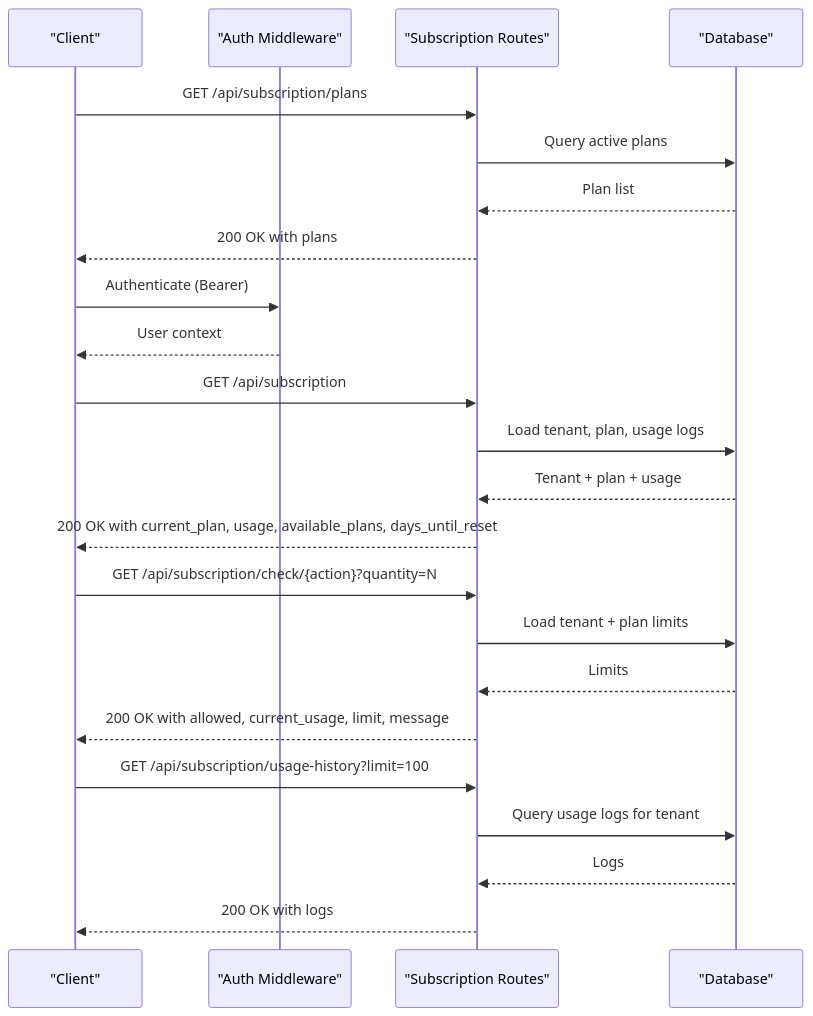
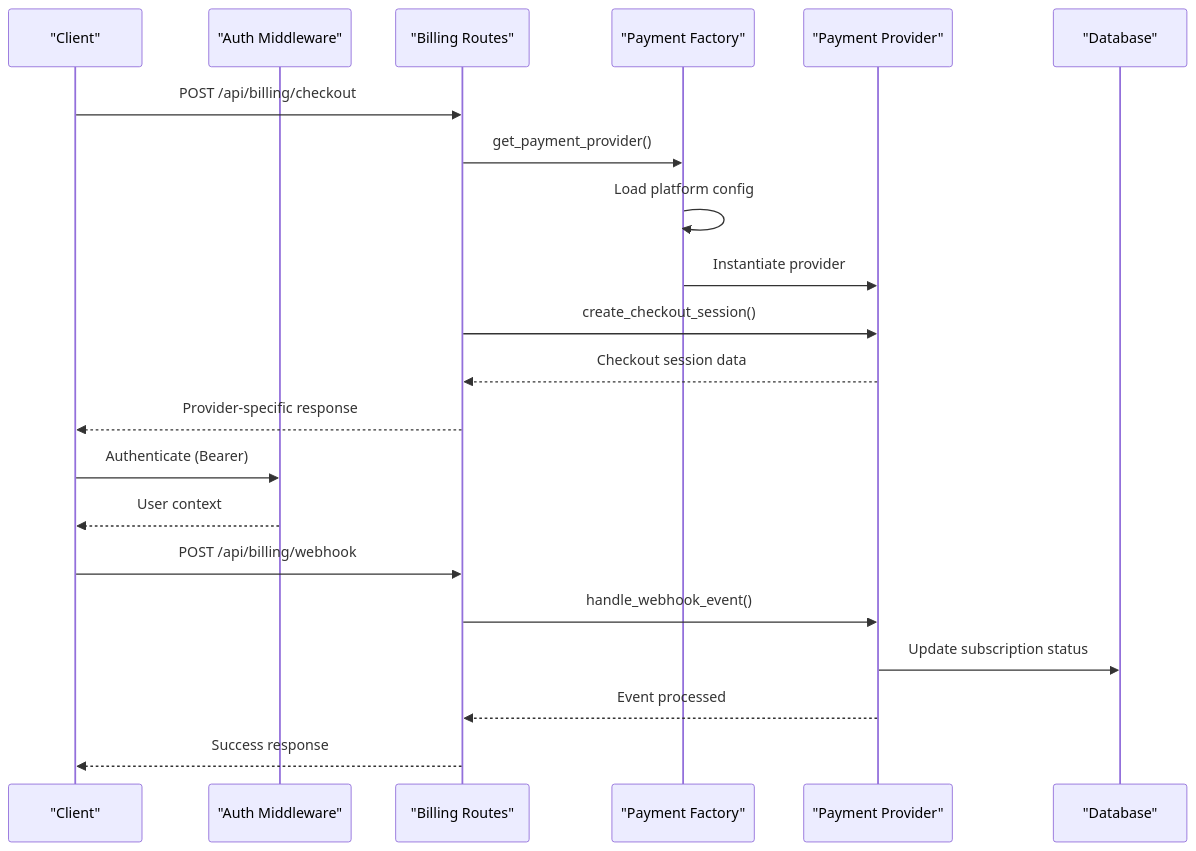
The second of 4 diagrams in .qoder/repowiki/en/content/API Reference/Subscription & Billing.md (Revanththetalogics/aireume), drawn with Mermaid before and after one commit. The commit also changed other lines of this file and 10 other files, not shown here.

````diff
--- a/.qoder/repowiki/en/content/API Reference/Subscription & Billing.md
+++ b/.qoder/repowiki/en/content/API Reference/Subscription & Billing.md
@@ -110,25 +160,23 @@
 ```mermaid
 sequenceDiagram
 participant Client as "Client"
 participant Auth as "Auth Middleware"
-participant Sub as "Subscription Routes"
+participant Billing as "Billing Routes"
+participant Factory as "Payment Factory"
+participant Provider as "Payment Provider"
 participant DB as "Database"
-Client->>Sub : GET /api/subscription/plans
-Sub->>DB : Query active plans
-DB-->>Sub : Plan list
-Sub-->>Client : 200 OK with plans
+Client->>Billing : POST /api/billing/checkout
+Billing->>Factory : get_payment_provider()
+Factory->>Factory : Load platform config
+Factory->>Provider : Instantiate provider
+Billing->>Provider : create_checkout_session()
+Provider-->>Billing : Checkout session data
+Billing-->>Client : Provider-specific response
 Client->>Auth : Authenticate (Bearer)
 Auth-->>Client : User context
-Client->>Sub : GET /api/subscription
-Sub->>DB : Load tenant, plan, usage logs
-DB-->>Sub : Tenant + plan + usage
-Sub-->>Client : 200 OK with current_plan, usage, available_plans, days_until_reset
-Client->>Sub : GET /api/subscription/check/{action}?quantity=N
-Sub->>DB : Load tenant + plan limits
-DB-->>Sub : Limits
-Sub-->>Client : 200 OK with allowed, current_usage, limit, message
-Client->>Sub : GET /api/subscription/usage-history?limit=100
-Sub->>DB : Query usage logs for tenant
-DB-->>Sub : Logs
-Sub-->>Client : 200 OK with logs
+Client->>Billing : POST /api/billing/webhook
+Billing->>Provider : handle_webhook_event()
+Provider->>DB : Update subscription status
+Provider-->>Billing : Event processed
+Billing-->>Client : Success response
 ```
````
